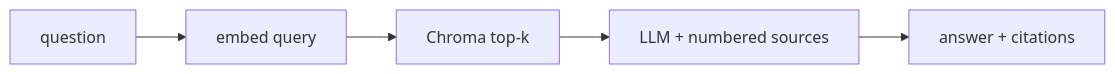
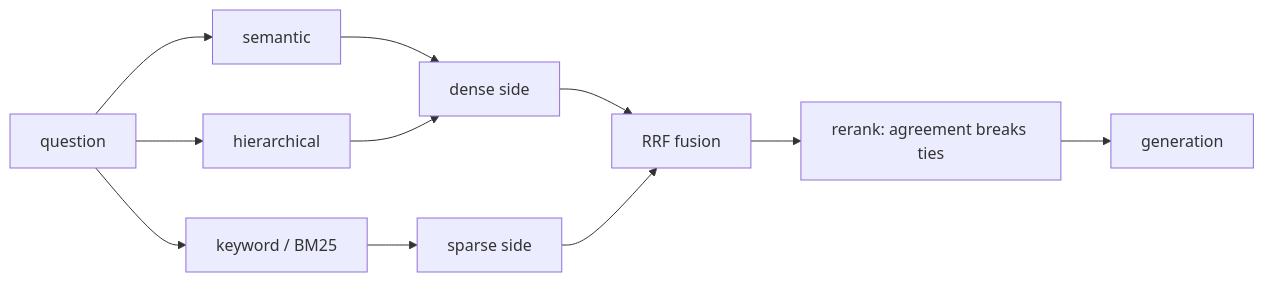
The third of 5 diagrams in WORKFLOW.md (SathvikTati/SmartDoc), drawn with Mermaid before and after one commit. The commit also changed other lines of this file and 8 other files, not shown here.

````diff
--- a/WORKFLOW.md
+++ b/WORKFLOW.md
@@ -188,7 +245,13 @@
 ```mermaid
 flowchart LR
-    Q[question] --> E[embed query]
-    E --> S[Chroma top-k]
-    S --> G[LLM + numbered sources]
-    G --> A[answer + citations]
+    Q[question] --> SEM[semantic]
+    Q --> HIER[hierarchical]
+    Q --> KW[keyword / BM25]
+    SEM --> DENSE[dense side]
+    HIER --> DENSE
+    KW --> SPARSE[sparse side]
+    DENSE --> RRF[RRF fusion]
+    SPARSE --> RRF
+    RRF --> RANK[rerank: agreement breaks ties]
+    RANK --> G[generation]
 ```
````
